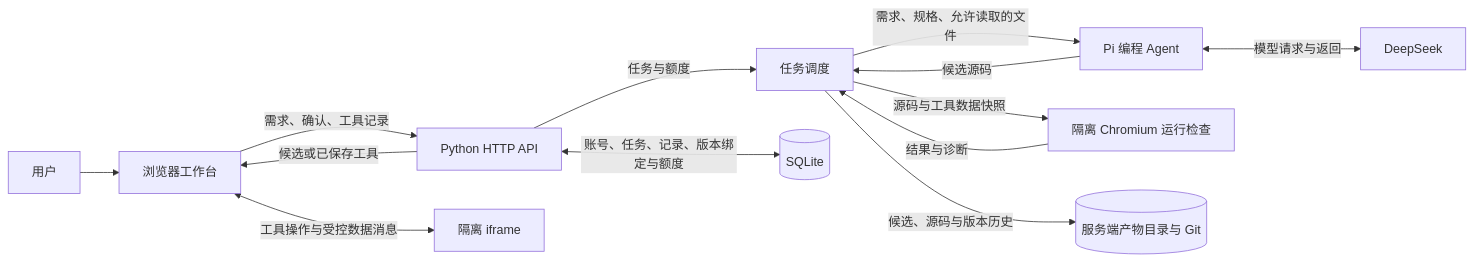
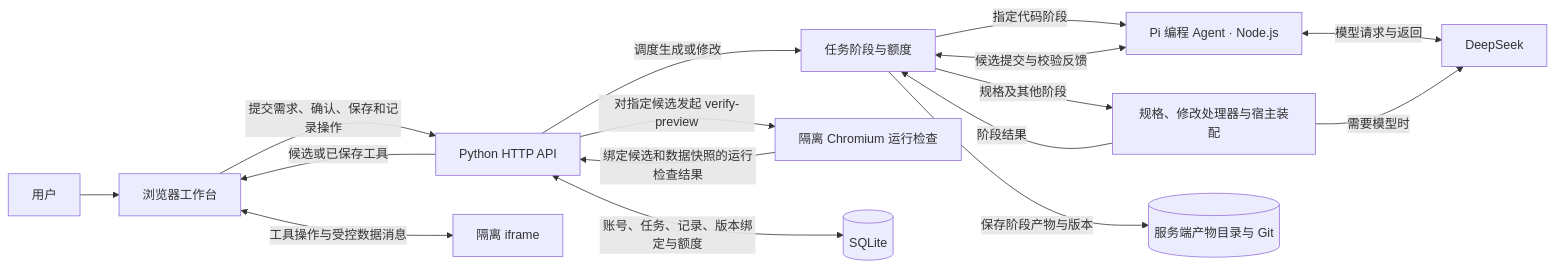
One commit to lns480672-eng/root-demo changed the diagram in docs/技术架构.md. Above: the diagram before and after it, drawn with Mermaid. The commit also changed other lines of this file and 1 other file, not shown here.

Commit message:
Align architecture diagram with staged runtime and publication

````diff
--- a/docs/技术架构.md
+++ b/docs/技术架构.md
@@ -5,15 +7,18 @@
 ```mermaid
 flowchart LR
     U["用户"] --> W["浏览器工作台"]
-    W -->|"需求、确认、工具记录"| API["Python HTTP API"]
-    API -->|"任务与额度"| J["任务调度"]
-    J -->|"需求、规格、允许读取的文件"| A["Pi 编程 Agent"]
+    W -->|"提交需求、确认、保存和记录操作"| API["Python HTTP API"]
+    API -->|"调度生成或修改"| J["任务阶段与额度"]
+    J -->|"指定代码阶段"| A["Pi 编程 Agent · Node.js"]
+    J -->|"规格及其他阶段"| S["规格、修改处理器与宿主装配"]
     A <-->|"模型请求与返回"| M["DeepSeek"]
-    A -->|"候选源码"| J
-    J -->|"源码与工具数据快照"| V["隔离 Chromium 运行检查"]
-    V -->|"结果与诊断"| J
-    J -->|"候选、源码与版本历史"| G[("服务端产物目录与 Git")]
+    S -->|"需要模型时"| M
+    A <-->|"候选提交与校验反馈"| J
+    S -->|"阶段结果"| J
+    J -->|"保存阶段产物与版本"| G[("服务端产物目录与 Git")]
+    API -->|"对指定候选发起 verify-preview"| V["隔离 Chromium 运行检查"]
+    V -->|"绑定候选和数据快照的运行检查结果"| API
     API <-->|"账号、任务、记录、版本绑定与额度"| D[("SQLite")]
     API -->|"候选或已保存工具"| W
     W <-->|"工具操作与受控数据消息"| F["隔离 iframe"]
 ```
````
